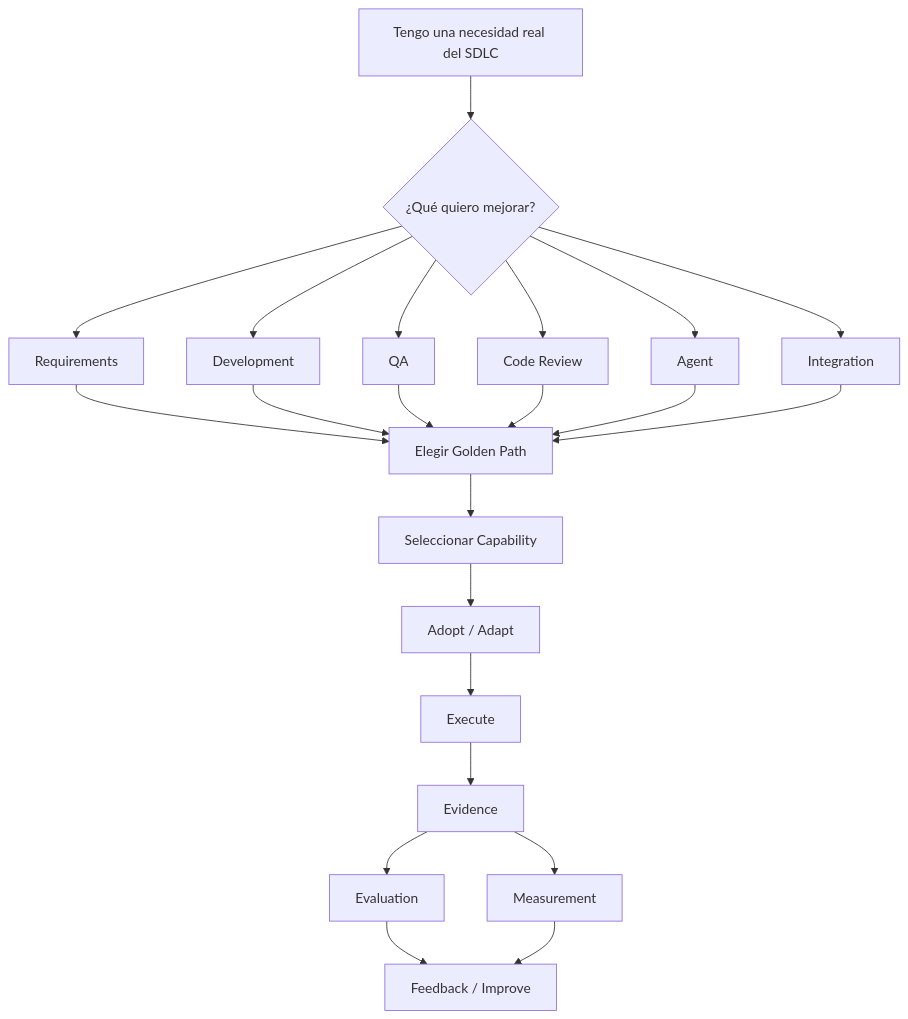
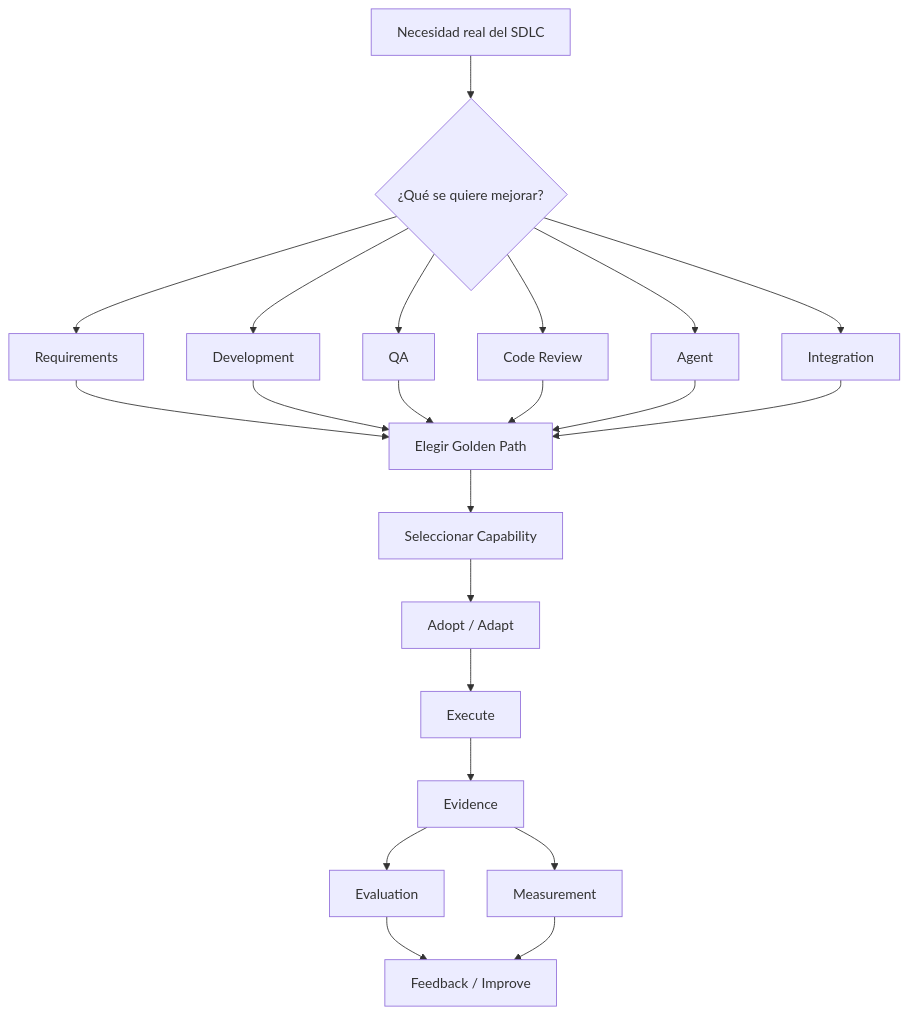
One commit to elmercharrebaufest/MOA-AI-Engineering changed the diagram in adoption/getting-started.md. Above: the diagram before and after it, drawn with Mermaid. The commit also changed other lines of this file and 26 other files, not shown here.

````diff
--- a/adoption/getting-started.md
+++ b/adoption/getting-started.md
@@ -6,24 +7,24 @@
 ```mermaid
 flowchart TD
-    A["Tengo una necesidad real del SDLC"] --> B{"¿Qué quiero mejorar?"}
+    A["Necesidad real del SDLC"] --> B{"¿Qué se quiere mejorar?"}
     B --> C["Requirements"]
     B --> D["Development"]
     B --> E["QA"]
     B --> F["Code Review"]
     B --> G["Agent"]
     B --> H["Integration"]
     C --> I["Elegir Golden Path"]
     D --> I
     E --> I
     F --> I
     G --> I
     H --> I
     I --> J["Seleccionar Capability"]
     J --> K["Adopt / Adapt"]
     K --> L["Execute"]
     L --> M["Evidence"]
     M --> N["Evaluation"]
     M --> O["Measurement"]
     N --> P["Feedback / Improve"]
     O --> P
 ```
````
